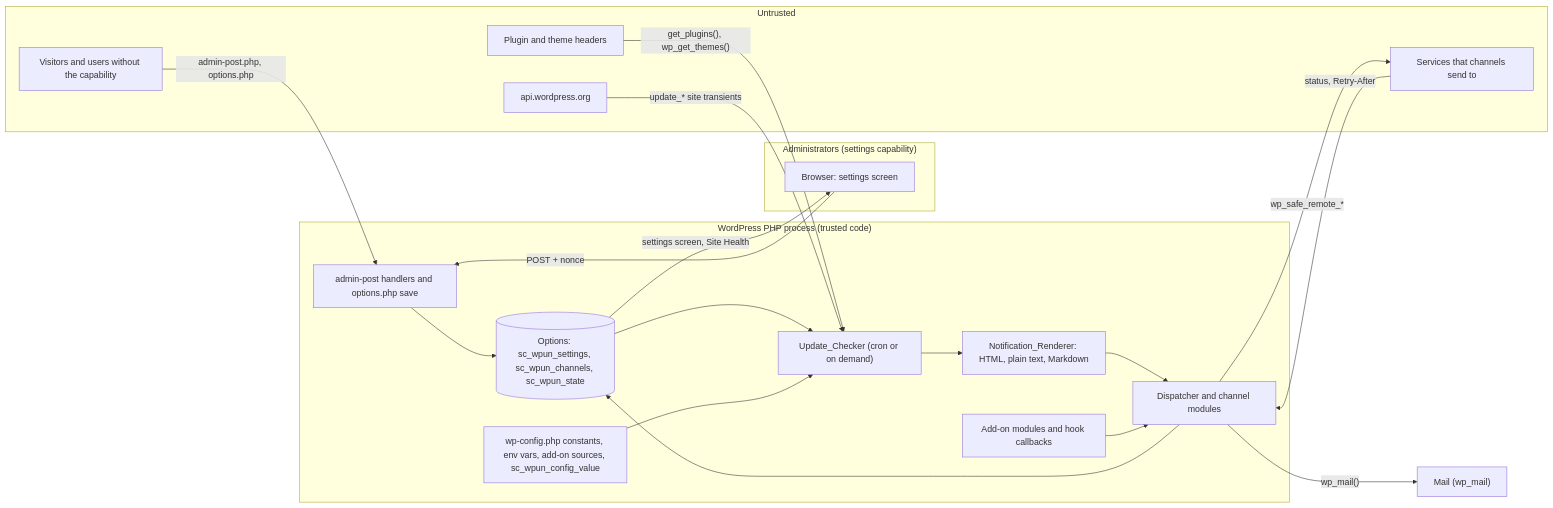
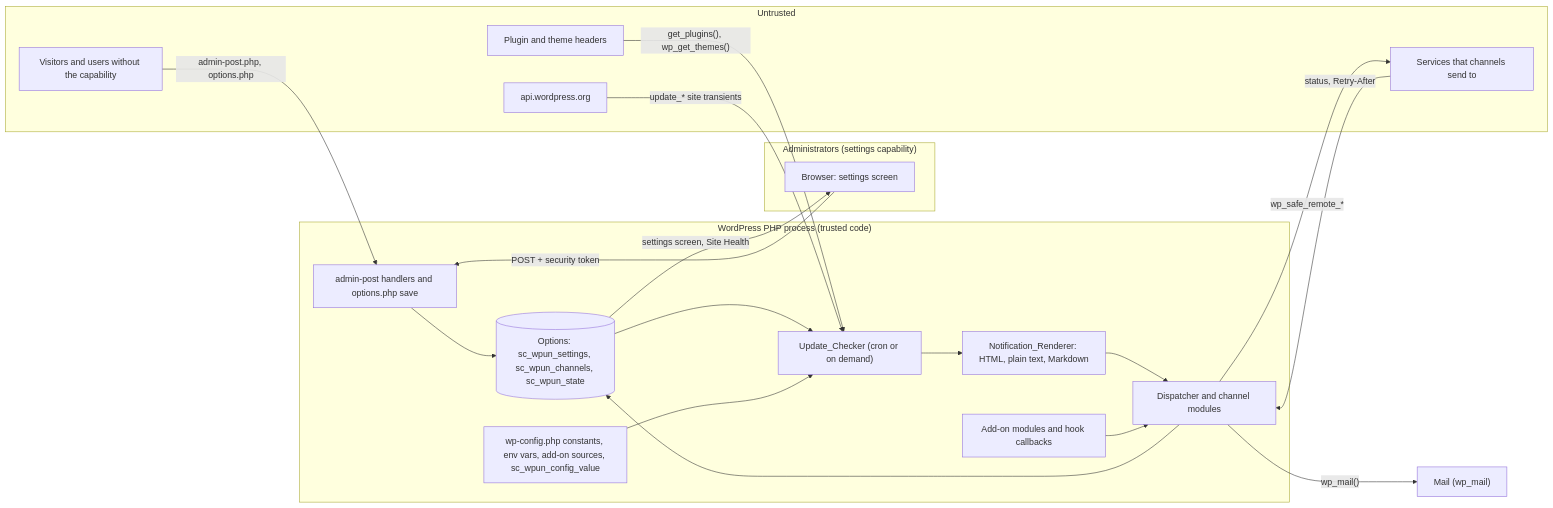
One commit to l3rady/wp-updates-notifier changed the diagram in docs/security/threat-model.md. Above: the diagram before and after it, drawn with Mermaid. The commit also changed other lines of this file and 4 other files, not shown here.

First line of the commit message:
docs: say security token instead of nonce in prose

````diff
--- a/docs/security/threat-model.md
+++ b/docs/security/threat-model.md
@@ -30,37 +30,37 @@
 ```mermaid
 flowchart LR
     subgraph untrusted["Untrusted"]
         anon["Visitors and users without the capability"]
         hdr["Plugin and theme headers"]
         wporg["api.wordpress.org"]
         svc["Services that channels send to"]
     end
     subgraph admin["Administrators (settings capability)"]
         browser["Browser: settings screen"]
     end
     subgraph process["WordPress PHP process (trusted code)"]
         cfg["wp-config.php constants, env vars, add-on sources, sc_wpun_config_value"]
         addon["Add-on modules and hook callbacks"]
         handlers["admin-post handlers and options.php save"]
         checker["Update_Checker (cron or on demand)"]
         renderer["Notification_Renderer: HTML, plain text, Markdown"]
         dispatcher["Dispatcher and channel modules"]
         db[("Options: sc_wpun_settings, sc_wpun_channels, sc_wpun_state")]
     end
     mail["Mail (wp_mail)"]
 
     anon -- "admin-post.php, options.php" --> handlers
-    browser -- "POST + nonce" --> handlers
+    browser -- "POST + security token" --> handlers
     handlers --> db
     hdr -- "get_plugins(), wp_get_themes()" --> checker
     wporg -- "update_* site transients" --> checker
     db --> checker
     cfg --> checker
     checker --> renderer --> dispatcher
     addon --> dispatcher
     dispatcher -- "wp_mail()" --> mail
     dispatcher -- "wp_safe_remote_*" --> svc
     svc -- "status, Retry-After" --> dispatcher
     dispatcher --> db
     db -- "settings screen, Site Health" --> browser
 ```
````
